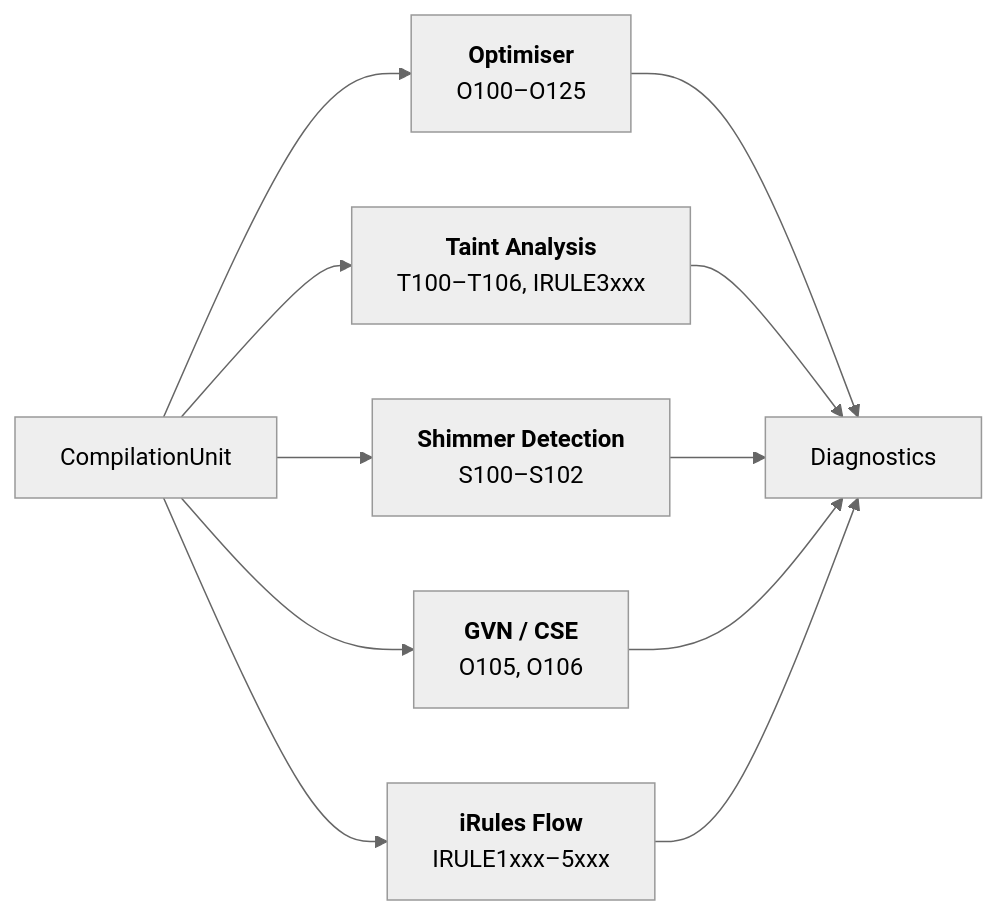
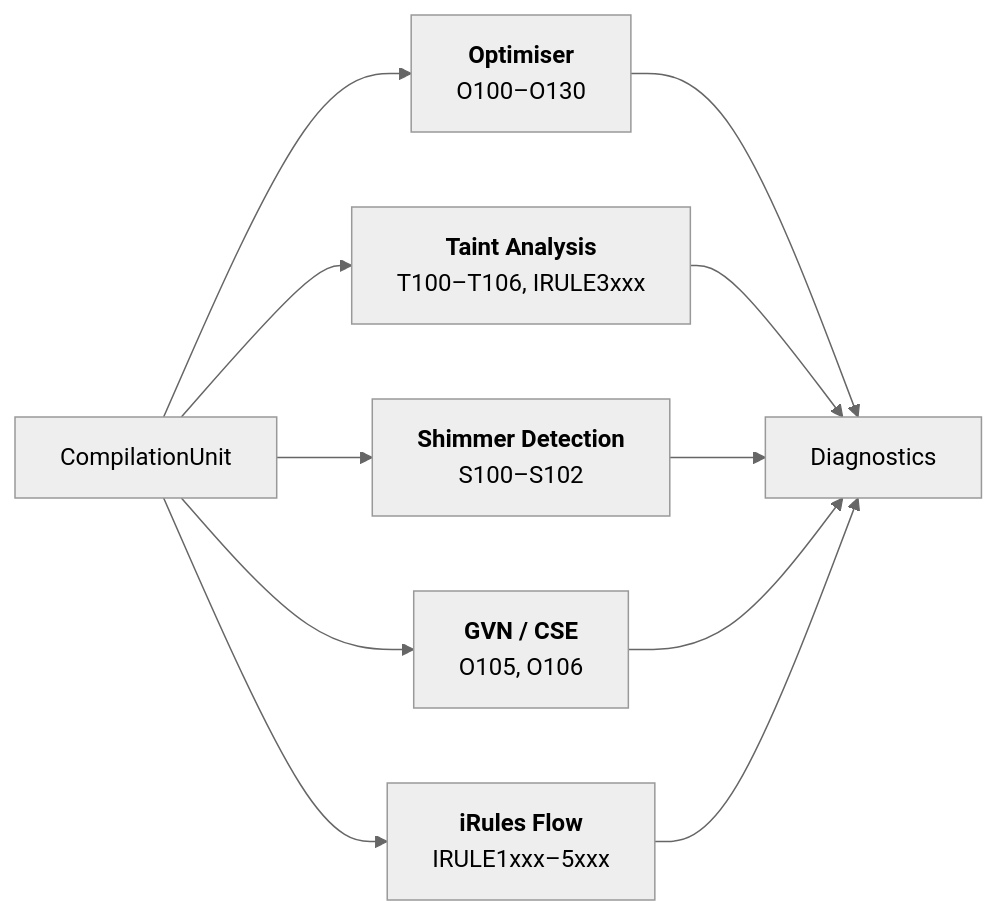
One commit to bitwisecook/tcl-lsp changed diagram 16 of 20 in docs/design/compiler-architecture.md. Above: the diagram before and after it, drawn with Mermaid (neutral theme). The commit also changed other lines of this file and 117 other files, not shown here.

````diff
--- a/docs/design/compiler-architecture.md
+++ b/docs/design/compiler-architecture.md
@@ -571,16 +578,16 @@
 ```mermaid
 flowchart LR
     CU["CompilationUnit"]
 
-    CU --> OPT["<b>Optimiser</b><br/>O100–O125"]
+    CU --> OPT["<b>Optimiser</b><br/>O100–O130"]
     CU --> TAINT["<b>Taint Analysis</b><br/>T100–T106, IRULE3xxx"]
     CU --> SHIM["<b>Shimmer Detection</b><br/>S100–S102"]
     CU --> GVN["<b>GVN / CSE</b><br/>O105, O106"]
     CU --> IFLOW["<b>iRules Flow</b><br/>IRULE1xxx–5xxx"]
 
     OPT --> D["Diagnostics"]
     TAINT --> D
     SHIM --> D
     GVN --> D
     IFLOW --> D
 ```
````
